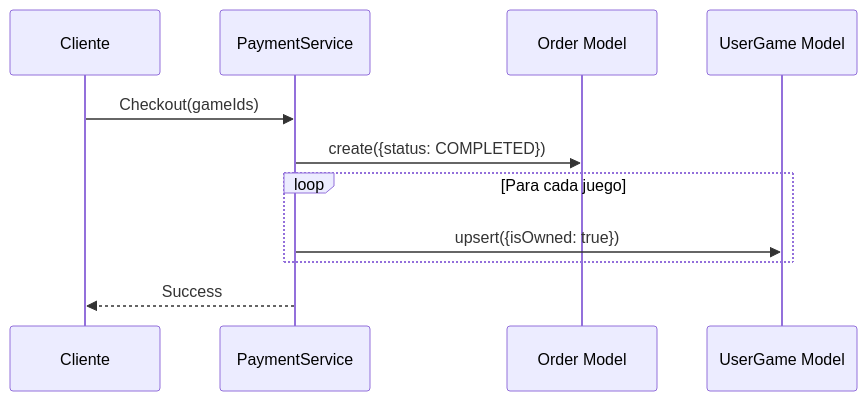
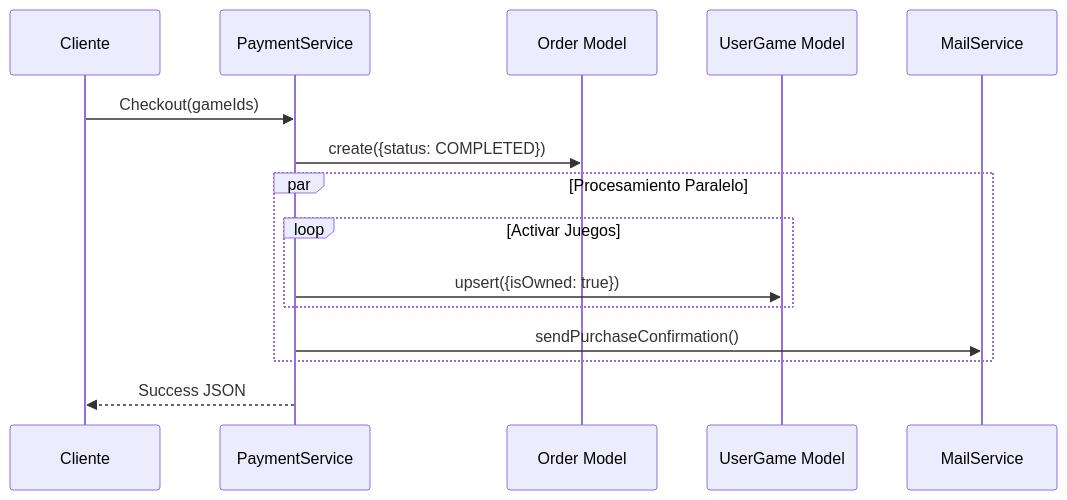
The fourth of 5 diagrams in docs/architecture.md (3FactorLab/game_manager_api), drawn with Mermaid before and after one commit. The commit also changed other lines of this file and 28 other files, not shown here.

````diff
--- a/docs/architecture.md
+++ b/docs/architecture.md
@@ -301,14 +304,20 @@
 ```mermaid
 sequenceDiagram
     participant C as Cliente
     participant PS as PaymentService
     participant OM as Order Model
     participant UGM as UserGame Model
+    participant MS as MailService
 
     C->>PS: Checkout(gameIds)
     PS->>OM: create({status: COMPLETED})
-    loop Para cada juego
-        PS->>UGM: upsert({isOwned: true})
+
+    par Procesamiento Paralelo
+        loop Activar Juegos
+            PS->>UGM: upsert({isOwned: true})
+        end
+        PS->>MS: sendPurchaseConfirmation()
     end
-    PS-->>C: Success
+
+    PS-->>C: Success JSON
 ```
````
